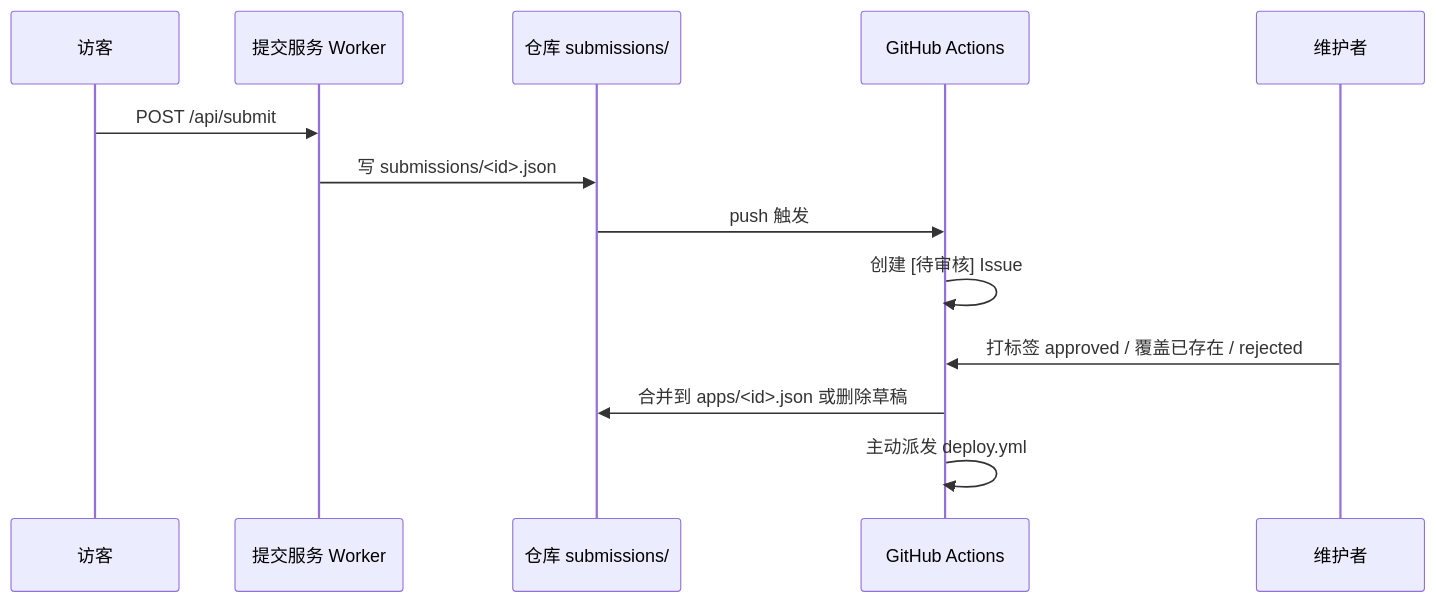
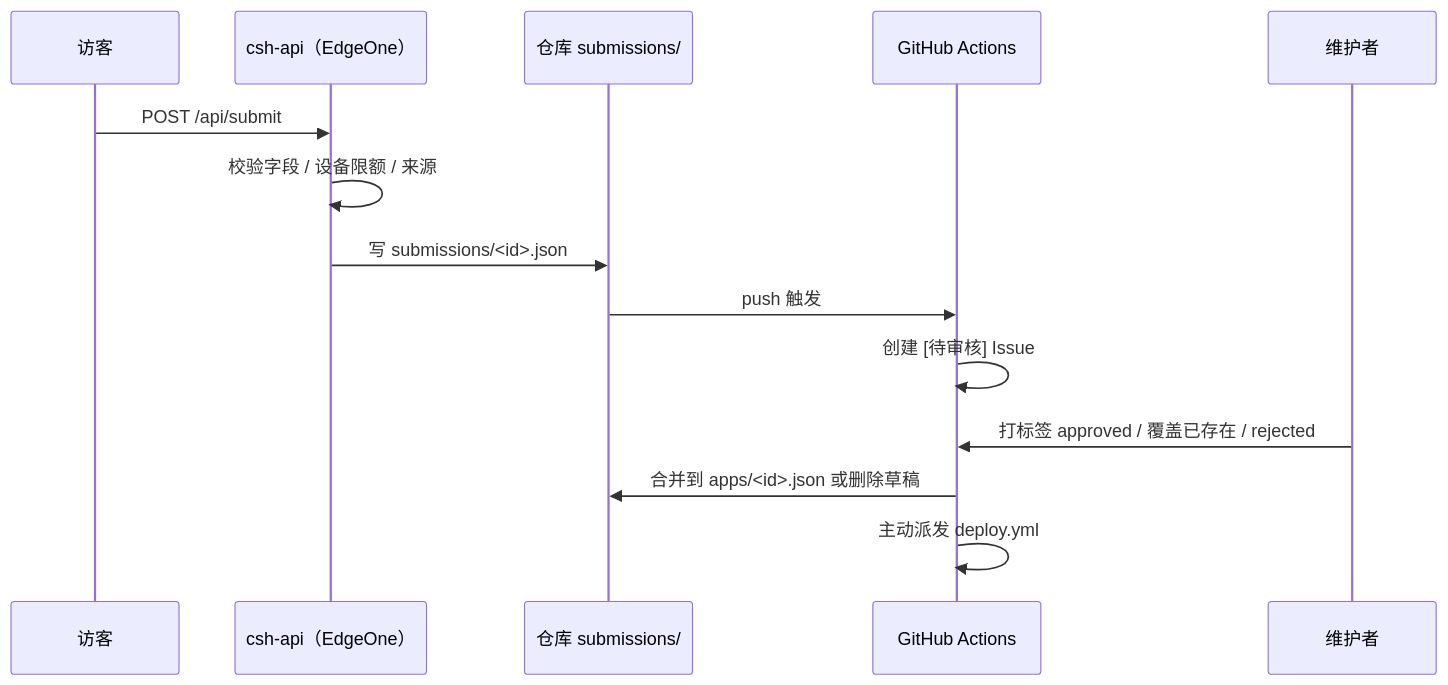
The third of 4 diagrams in docs/dev/architecture.md (c1201y/classsoftwarehub-docs), drawn with Mermaid before and after one commit. The commit also changed other lines of this file and 37 other files, not shown here.

First line of the commit message:
docs: 补齐 Windows 10 桌面端文档并同步 EdgeOne 后端

````diff
--- a/docs/dev/architecture.md
+++ b/docs/dev/architecture.md
@@ -90,16 +96,17 @@
 ```mermaid
 sequenceDiagram
     participant V as 访客
-    participant W as 提交服务 Worker
+    participant API as csh-api（EdgeOne）
     participant R as 仓库 submissions/
     participant CI as GitHub Actions
     participant M as 维护者
 
-    V->>W: POST /api/submit
-    W->>R: 写 submissions/<id>.json
+    V->>API: POST /api/submit
+    API->>API: 校验字段 / 设备限额 / 来源
+    API->>R: 写 submissions/<id>.json
     R->>CI: push 触发
     CI->>CI: 创建 [待审核] Issue
     M->>CI: 打标签 approved / 覆盖已存在 / rejected
     CI->>R: 合并到 apps/<id>.json 或删除草稿
     CI->>CI: 主动派发 deploy.yml
 ```
````
